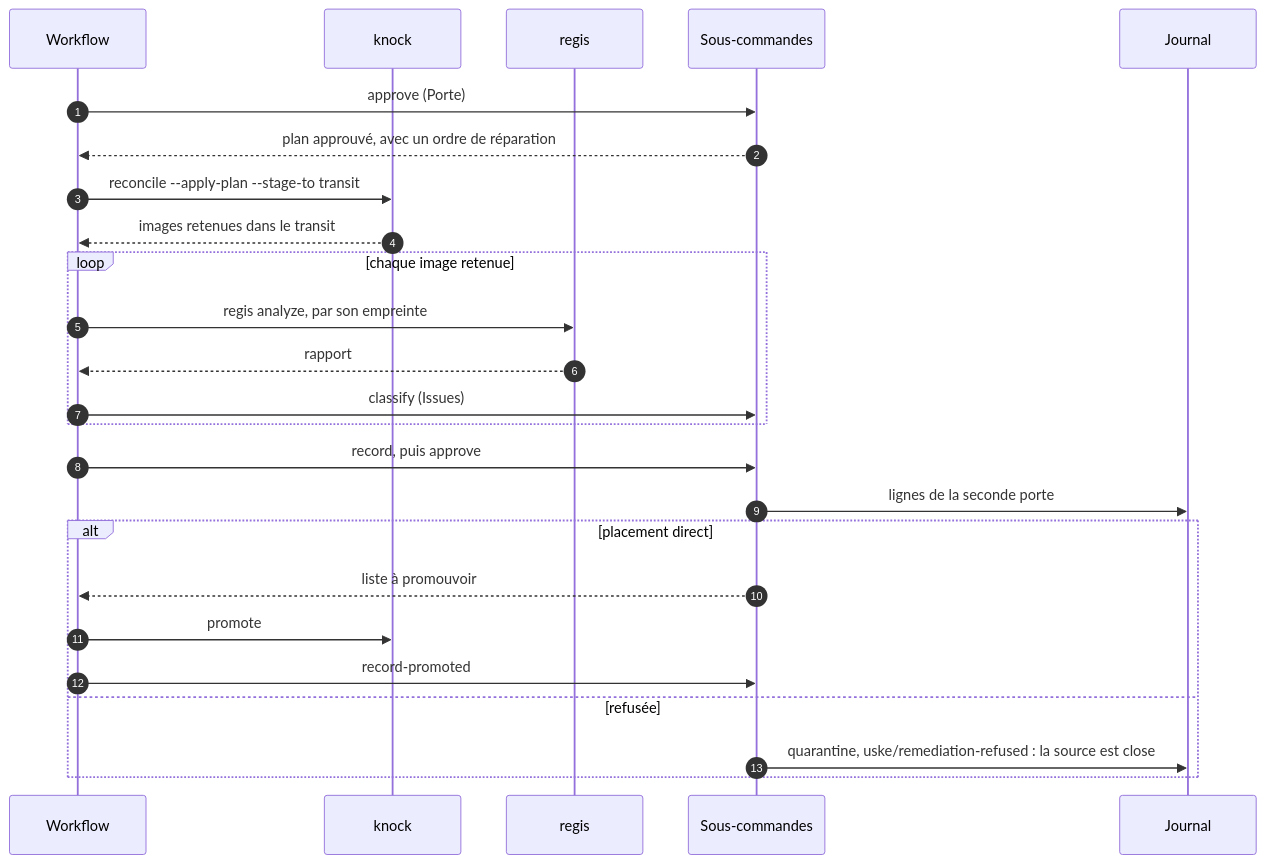
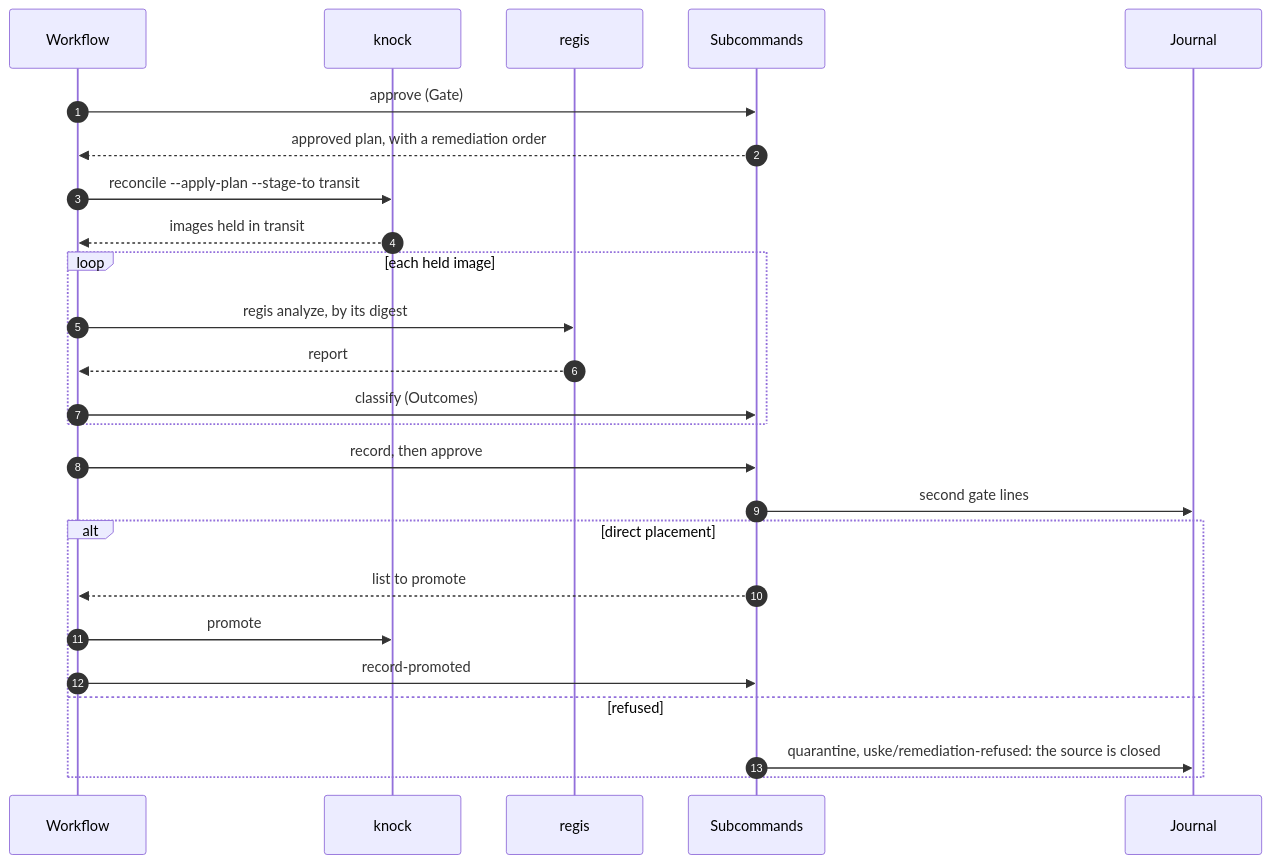
The fourth of 5 diagrams in docs/architecture/arc42.md (trivoallan/uske), drawn with Mermaid before and after one commit. The commit also changed other lines of this file and 17 other files, not shown here.

````diff
--- a/docs/architecture/arc42.md
+++ b/docs/architecture/arc42.md
@@ -363,27 +359,27 @@
 ```mermaid
 sequenceDiagram
   autonumber
   participant W as Workflow
   participant K as knock
   participant R as regis
-  participant S as Sous-commandes
+  participant S as Subcommands
   participant J as Journal
-  W->>S: approve (Porte)
-  S-->>W: plan approuvé, avec un ordre de réparation
+  W->>S: approve (Gate)
+  S-->>W: approved plan, with a remediation order
   W->>K: reconcile --apply-plan --stage-to transit
-  K-->>W: images retenues dans le transit
-  loop chaque image retenue
-    W->>R: regis analyze, par son empreinte
-    R-->>W: rapport
-    W->>S: classify (Issues)
+  K-->>W: images held in transit
+  loop each held image
+    W->>R: regis analyze, by its digest
+    R-->>W: report
+    W->>S: classify (Outcomes)
   end
-  W->>S: record, puis approve
-  S->>J: lignes de la seconde porte
-  alt placement direct
-    S-->>W: liste à promouvoir
+  W->>S: record, then approve
+  S->>J: second gate lines
+  alt direct placement
+    S-->>W: list to promote
     W->>K: promote
     W->>S: record-promoted
-  else refusée
-    S->>J: quarantine, uske/remediation-refused : la source est close
+  else refused
+    S->>J: quarantine, uske/remediation-refused: the source is closed
   end
 ```
````
